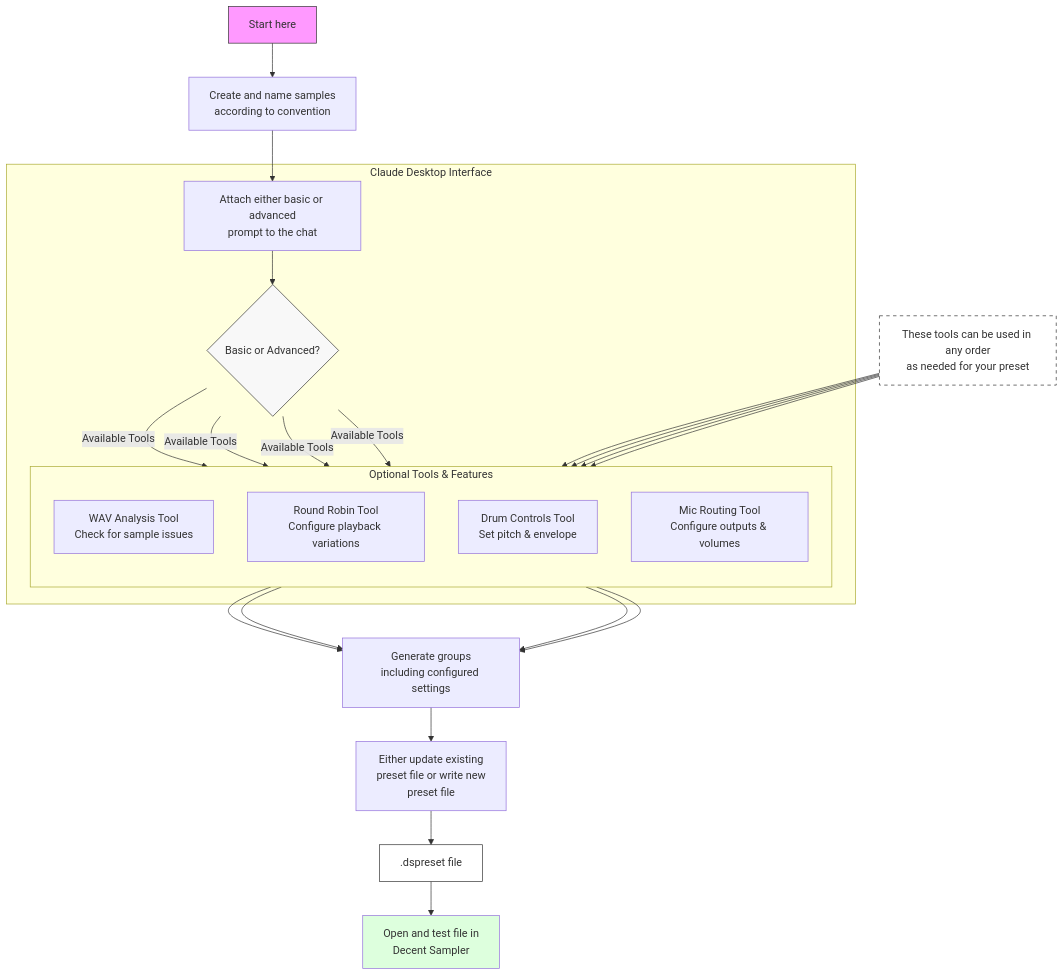
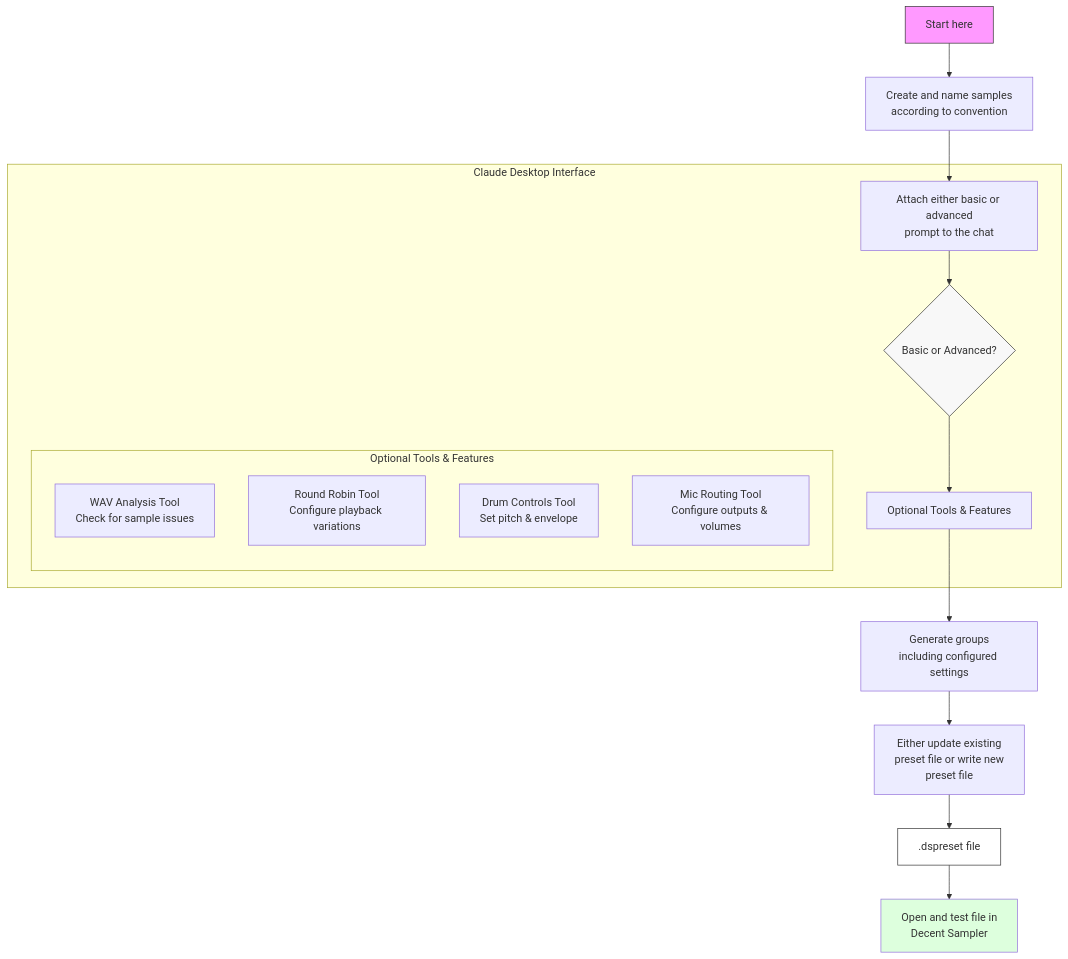
The diagram in docs/workflows.md (dandeliongold/mcp-decent-sampler-drums), drawn with Mermaid before and after one commit. The commit also changed other lines of this file, not shown here.

Commit message:
Simplify the workflow diagram

````diff
--- a/docs/workflows.md
+++ b/docs/workflows.md
@@ -7,45 +7,30 @@
 ```mermaid
 graph TB
     Start[Start here] --> CreateSamples[Create and name samples<br/>according to convention]
     CreateSamples --> AttachPrompt[Attach either basic or advanced<br/>prompt to the chat]
     
     subgraph "Claude Desktop Interface"
         AttachPrompt --> Decision{Basic or Advanced?}
         
         subgraph "Optional Tools & Features"
             direction TB
             Analysis[WAV Analysis Tool<br/>Check for sample issues]
             RoundRobin[Round Robin Tool<br/>Configure playback variations]
             Controls[Drum Controls Tool<br/>Set pitch & envelope]
             MicRouting[Mic Routing Tool<br/>Configure outputs & volumes]
         end
         
-        Decision --> |Available Tools| Analysis
-        Decision --> |Available Tools| RoundRobin
-        Decision --> |Available Tools| Controls
-        Decision --> |Available Tools| MicRouting
+        Decision --> Tools["Optional Tools & Features"]
     end
     
-    Analysis --> GenerateGroups[Generate groups<br/>including configured settings]
-    RoundRobin --> GenerateGroups
-    Controls --> GenerateGroups
-    MicRouting --> GenerateGroups
+    Tools --> GenerateGroups[Generate groups<br/>including configured settings]
     
     GenerateGroups --> UpdatePreset[Either update existing<br/>preset file or write new<br/>preset file]
     UpdatePreset --> PresetFile[.dspreset file]
     PresetFile --> TestFile[Open and test file in<br/>Decent Sampler]
     
     style Start fill:#f9f,stroke:#333
     style PresetFile fill:#fff,stroke:#333
     style TestFile fill:#dfd
     style Decision fill:#f8f8f8,stroke:#333
-    
-    %% Note about tool flexibility
-    classDef note fill:#fff,stroke:#333,stroke-dasharray: 5 5
-    Note[These tools can be used in any order<br/>as needed for your preset]
-    class Note note
-    Note --> Analysis
-    Note --> RoundRobin
-    Note --> Controls
-    Note --> MicRouting
 ```
````
